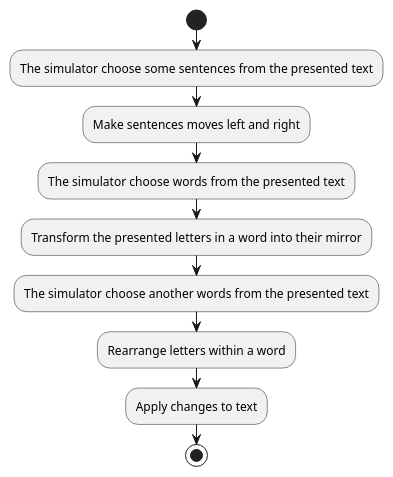
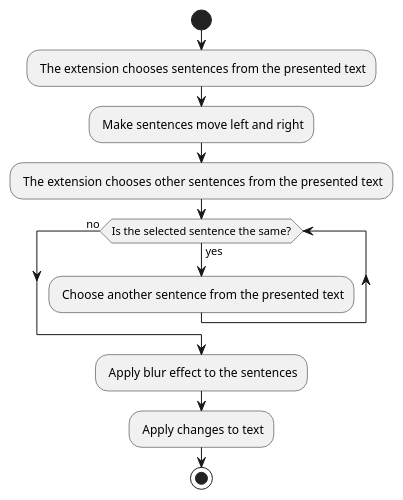
Before and after one commit to Muhammed-als/Dyslexia-Simulator: the diagram in diagrams/flow_diagrams/visual.puml, drawn with PlantUML. The commit also changed 23 other files, not shown here.

Commit message:
diagrams and files are updated

```diff
--- a/diagrams/flow_diagrams/visual.puml
+++ b/diagrams/flow_diagrams/visual.puml
@@ -1,12 +1,13 @@
 @startuml Visual
 start
 
-:The simulator choose some sentences from the presented text;
-:Make sentences moves left and right;
-:The simulator choose words from the presented text; 
-:Transform the presented letters in a word into their mirror;
-:The simulator choose another words from the presented text;
-:Rearrange letters within a word;
-:Apply changes to text;
+: The extension chooses sentences from the presented text;
+: Make sentences move left and right;
+: The extension chooses other sentences from the presented text;
+while (Is the selected sentence the same?) is (yes)
+    : Choose another sentence from the presented text;
+endwhile (no)
+: Apply blur effect to the sentences;
+: Apply changes to text;
 stop
 @enduml
```
